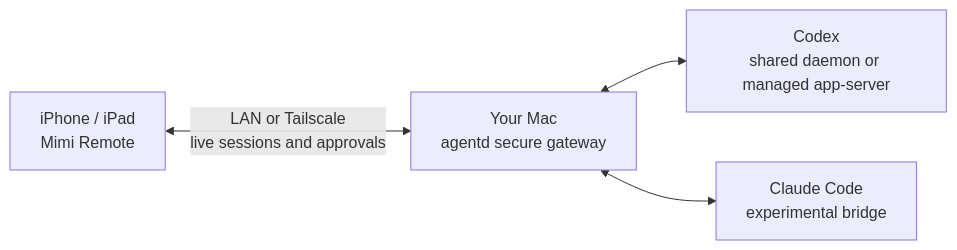
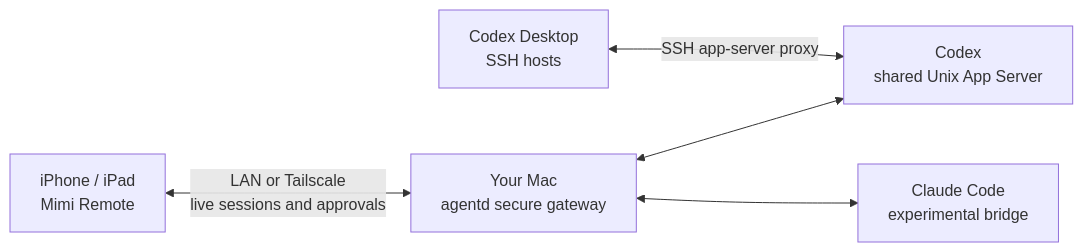
The diagram in README.md (gaixianggeng/mimi-remote), drawn with Mermaid before and after one commit. The commit also changed other lines of this file and 195 other files, not shown here.

First line of the commit message:
MIM-206/MIM-207 移除 Desktop IPC 并通过 SSH 共享 App Server (#277)

````diff
--- a/README.md
+++ b/README.md
@@ -142,11 +142,13 @@
 ```mermaid
 flowchart LR
     Mobile["iPhone / iPad<br/>Mimi Remote"]
     Gateway["Your Mac<br/>agentd secure gateway"]
-    Codex["Codex<br/>shared daemon or managed app-server"]
+    Codex["Codex<br/>shared Unix App Server"]
+    Desktop["Codex Desktop<br/>SSH hosts"]
     Claude["Claude Code<br/>experimental bridge"]
 
     Mobile <-->|"LAN or Tailscale<br/>live sessions and approvals"| Gateway
     Gateway <--> Codex
+    Desktop <-->|"SSH app-server proxy"| Codex
     Gateway <--> Claude
 ```
````
